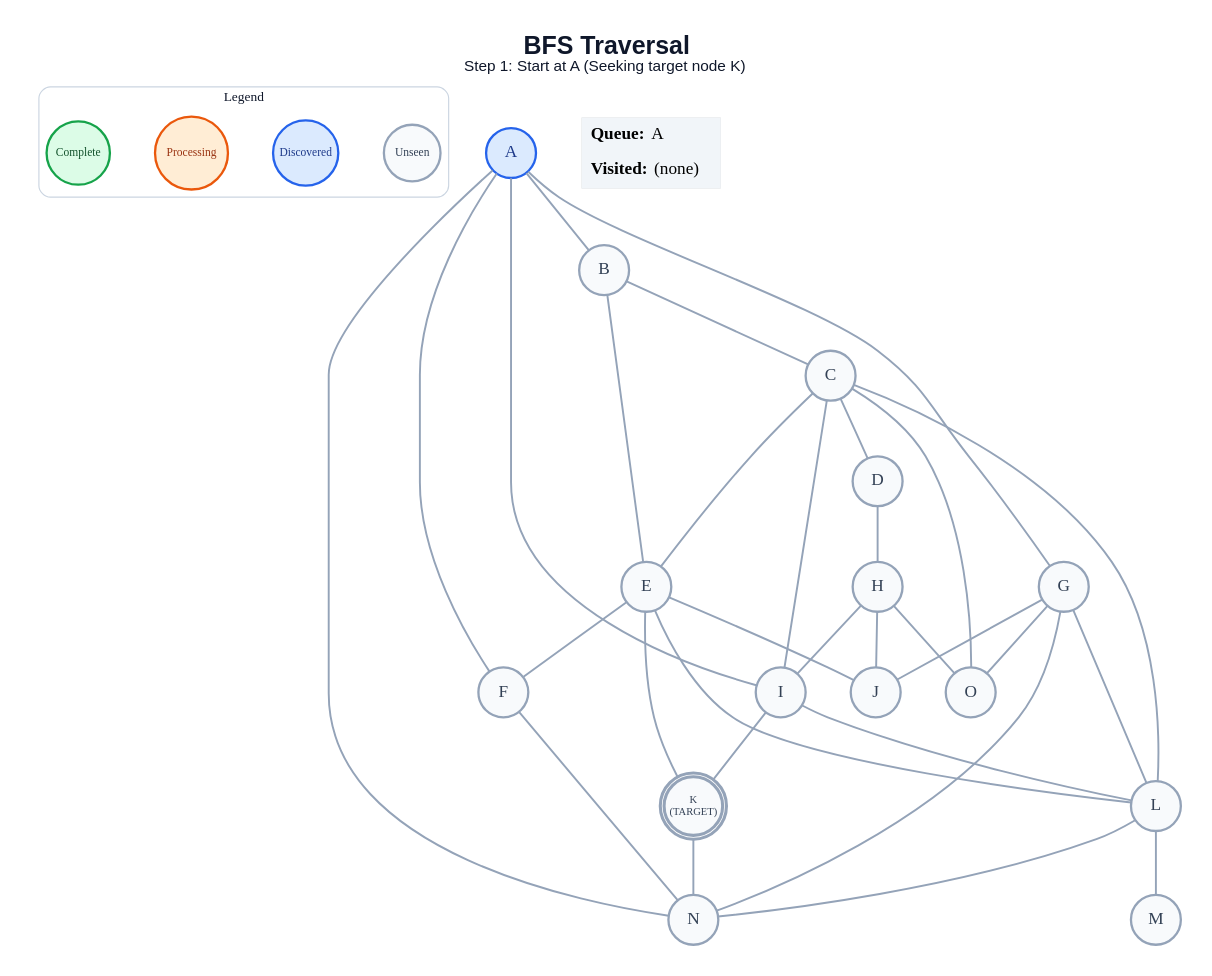
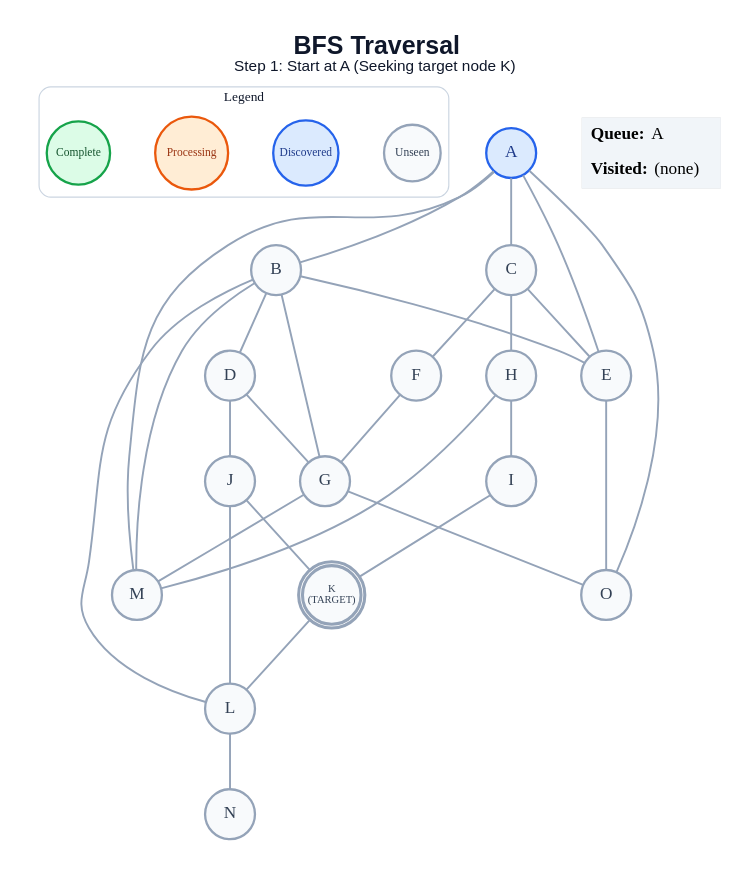
One commit to anon7238593-create/ai-slop changed the diagram in generated/specific-node/bfs/step_01.dot. Above: the diagram before and after it, drawn with Graphviz. The commit also changed 302 other files, not shown here.

```diff
--- a/generated/specific-node/bfs/step_01.dot
+++ b/generated/specific-node/bfs/step_01.dot
@@ -1,64 +1,60 @@
 graph traversal {
   graph [layout=dot, rankdir=TB, bgcolor="#FFFFFF", pad="0.35", nodesep="0.65", ranksep="0.8", fontname="Arial"];
   node [shape=circle, style="filled", fontname="Arial Bold", fontsize=18, width=0.72, fixedsize=true, penwidth=2.4];
   edge [color="#94A3B8", penwidth=2.0];
   label=<<B>BFS Traversal</B><BR/><FONT POINT-SIZE="16">Step 1: Start at A (Seeking target node K)</FONT>>; labelloc="t"; fontsize=26; fontname="Arial"; fontcolor="#0F172A";
   subgraph cluster_legend { label="Legend"; color="#CBD5E1"; penwidth=1.2; style="rounded"; fontsize=14; fontname="Arial Bold";
     key_unseen [label="Unseen", fillcolor="#F8FAFC", color="#94A3B8", fontcolor="#334155", fontsize=12, width=0.82];
     key_frontier [label="Discovered", fillcolor="#DBEAFE", color="#2563EB", fontcolor="#1E3A8A", fontsize=12, width=0.95];
     key_current [label="Processing", fillcolor="#FFEDD5", color="#EA580C", fontcolor="#9A3412", fontsize=12, width=1.05];
     key_done [label="Complete", fillcolor="#DCFCE7", color="#16A34A", fontcolor="#14532D", fontsize=12, width=0.92];
     { rank=same; key_unseen; key_frontier; key_current; key_done; }
   }
   A [label="A", fillcolor="#DBEAFE", color="#2563EB", fontcolor="#1E3A8A", peripheries=1, penwidth=2.4];
   B [label="B", fillcolor="#F8FAFC", color="#94A3B8", fontcolor="#334155", peripheries=1, penwidth=2.4];
   C [label="C", fillcolor="#F8FAFC", color="#94A3B8", fontcolor="#334155", peripheries=1, penwidth=2.4];
   D [label="D", fillcolor="#F8FAFC", color="#94A3B8", fontcolor="#334155", peripheries=1, penwidth=2.4];
   E [label="E", fillcolor="#F8FAFC", color="#94A3B8", fontcolor="#334155", peripheries=1, penwidth=2.4];
   F [label="F", fillcolor="#F8FAFC", color="#94A3B8", fontcolor="#334155", peripheries=1, penwidth=2.4];
   G [label="G", fillcolor="#F8FAFC", color="#94A3B8", fontcolor="#334155", peripheries=1, penwidth=2.4];
   H [label="H", fillcolor="#F8FAFC", color="#94A3B8", fontcolor="#334155", peripheries=1, penwidth=2.4];
   I [label="I", fillcolor="#F8FAFC", color="#94A3B8", fontcolor="#334155", peripheries=1, penwidth=2.4];
   J [label="J", fillcolor="#F8FAFC", color="#94A3B8", fontcolor="#334155", peripheries=1, penwidth=2.4];
   K [label="K\n(TARGET)", fillcolor="#F8FAFC", color="#94A3B8", fontcolor="#334155", peripheries=2, penwidth=3.2, fontsize=11, width=0.85, height=0.85];
   L [label="L", fillcolor="#F8FAFC", color="#94A3B8", fontcolor="#334155", peripheries=1, penwidth=2.4];
   M [label="M", fillcolor="#F8FAFC", color="#94A3B8", fontcolor="#334155", peripheries=1, penwidth=2.4];
   N [label="N", fillcolor="#F8FAFC", color="#94A3B8", fontcolor="#334155", peripheries=1, penwidth=2.4];
   O [label="O", fillcolor="#F8FAFC", color="#94A3B8", fontcolor="#334155", peripheries=1, penwidth=2.4];
   A -- B;
-  A -- F;
-  A -- G;
-  A -- I;
-  A -- N;
-  B -- C;
+  A -- C;
+  A -- E;
+  A -- M;
+  A -- O;
+  B -- D;
   B -- E;
-  C -- D;
+  B -- G;
+  B -- L;
+  B -- M;
   C -- E;
-  C -- I;
-  C -- L;
-  C -- O;
-  D -- H;
-  E -- F;
-  E -- J;
-  E -- K;
-  E -- L;
-  F -- N;
-  G -- J;
-  G -- L;
-  G -- N;
+  C -- F;
+  C -- H;
+  D -- G;
+  D -- J;
+  E -- O;
+  F -- G;
+  G -- M;
   G -- O;
   H -- I;
-  H -- J;
-  H -- O;
+  H -- M;
   I -- K;
-  I -- L;
-  K -- N;
-  L -- M;
+  J -- K;
+  J -- L;
+  K -- L;
   L -- N;
   status [shape=plain, fixedsize=false, width=0, height=0, margin=0, label=<
     <TABLE BORDER="0" CELLBORDER="0" CELLPADDING="7" BGCOLOR="#F1F5F9">
       <TR><TD ALIGN="LEFT"><B>Queue:</B> A</TD></TR>
       <TR><TD ALIGN="LEFT"><B>Visited:</B> (none)</TD></TR>
     </TABLE>
   >];
 }
```
